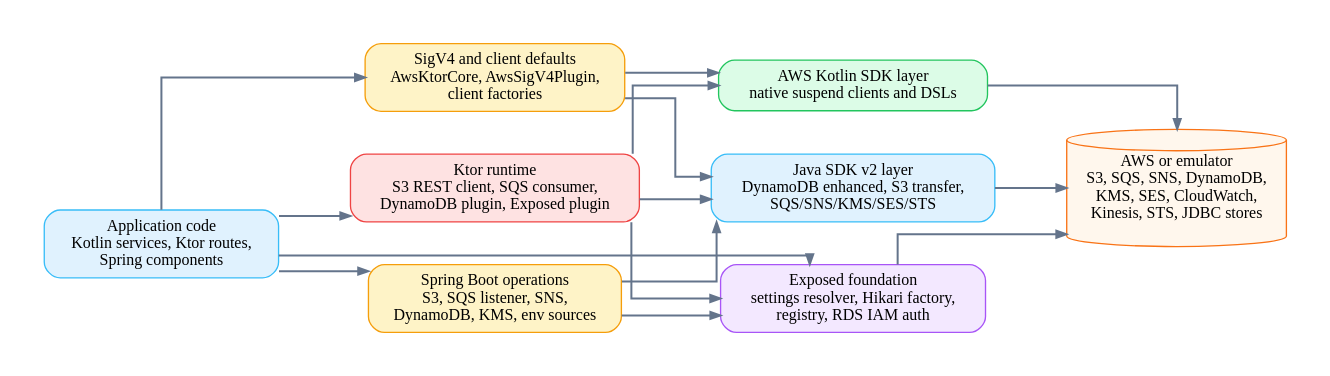
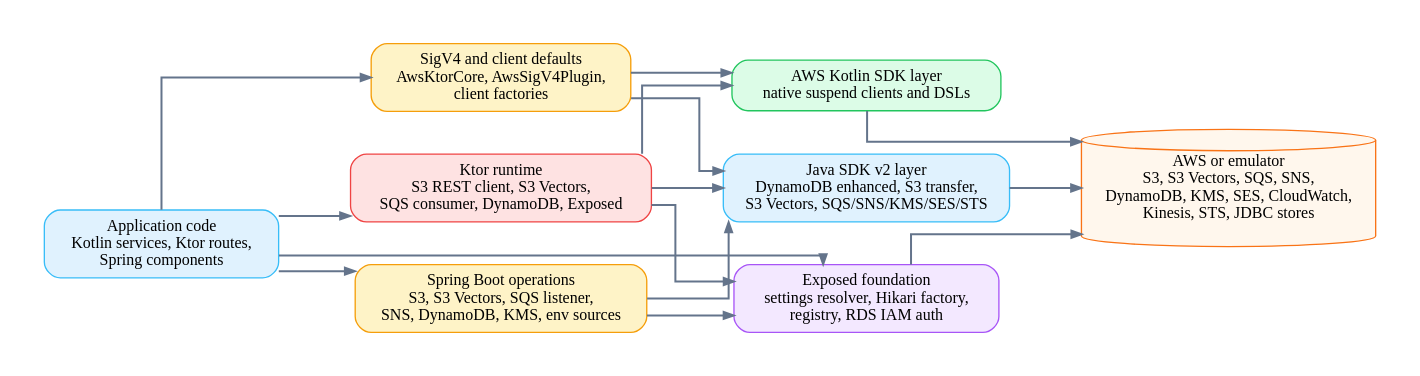
One commit to bluetape4k/bluetape4k-aws changed the diagram in docs/assets/readme-diagrams/bluetape4k-aws-components-04.dot. Above: the diagram before and after it, drawn with Graphviz. The commit also changed 45 other files, not shown here.

```diff
--- a/docs/assets/readme-diagrams/bluetape4k-aws-components-04.dot
+++ b/docs/assets/readme-diagrams/bluetape4k-aws-components-04.dot
@@ -1,29 +1,29 @@
 digraph Bluetape4kAwsComponents {
   graph [rankdir=LR, bgcolor="#ffffff", pad=0.35, nodesep=0.45, ranksep=0.75, splines=ortho]
   node [shape=box, style="rounded,filled", fontname="Architects Daughter", fontsize=12, margin="0.14,0.09", color="#94a3b8", fillcolor="#f8fafc"]
   edge [fontname="Comic Mono", fontsize=10, color="#64748b", penwidth=1.5, arrowsize=0.75]
 
   app [label="Application code\nKotlin services, Ktor routes,\nSpring components", fillcolor="#e0f2fe", color="#38bdf8"]
   sigv4 [label="SigV4 and client defaults\nAwsKtorCore, AwsSigV4Plugin,\nclient factories", fillcolor="#fef3c7", color="#f59e0b"]
-  java [label="Java SDK v2 layer\nDynamoDB enhanced, S3 transfer,\nSQS/SNS/KMS/SES/STS", fillcolor="#e0f2fe", color="#38bdf8"]
+  java [label="Java SDK v2 layer\nDynamoDB enhanced, S3 transfer,\nS3 Vectors, SQS/SNS/KMS/SES/STS", fillcolor="#e0f2fe", color="#38bdf8"]
   kotlin [label="AWS Kotlin SDK layer\nnative suspend clients and DSLs", fillcolor="#dcfce7", color="#22c55e"]
   exposed [label="Exposed foundation\nsettings resolver, Hikari factory,\nregistry, RDS IAM auth", fillcolor="#f3e8ff", color="#a855f7"]
-  spring [label="Spring Boot operations\nS3, SQS listener, SNS,\nDynamoDB, KMS, env sources", fillcolor="#fef3c7", color="#f59e0b"]
-  ktor [label="Ktor runtime\nS3 REST client, SQS consumer,\nDynamoDB plugin, Exposed plugin", fillcolor="#fee2e2", color="#ef4444"]
-  services [label="AWS or emulator\nS3, SQS, SNS, DynamoDB,\nKMS, SES, CloudWatch,\nKinesis, STS, JDBC stores", shape=cylinder, fillcolor="#fff7ed", color="#f97316"]
+  spring [label="Spring Boot operations\nS3, S3 Vectors, SQS listener,\nSNS, DynamoDB, KMS, env sources", fillcolor="#fef3c7", color="#f59e0b"]
+  ktor [label="Ktor runtime\nS3 REST client, S3 Vectors,\nSQS consumer, DynamoDB, Exposed", fillcolor="#fee2e2", color="#ef4444"]
+  services [label="AWS or emulator\nS3, S3 Vectors, SQS, SNS,\nDynamoDB, KMS, SES, CloudWatch,\nKinesis, STS, JDBC stores", shape=cylinder, fillcolor="#fff7ed", color="#f97316"]
 
   app -> sigv4
   app -> spring
   app -> ktor
   app -> exposed
   sigv4 -> java
   sigv4 -> kotlin
   spring -> java
   spring -> exposed
   ktor -> java
   ktor -> kotlin
   ktor -> exposed
   java -> services
   kotlin -> services
   exposed -> services
 }
```
